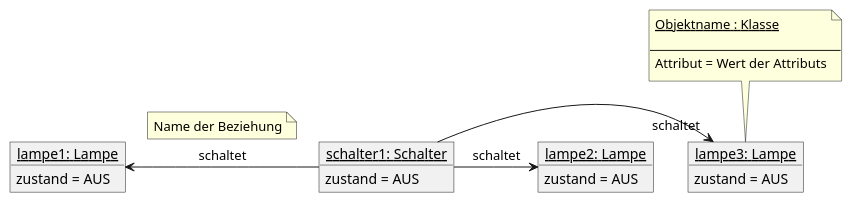
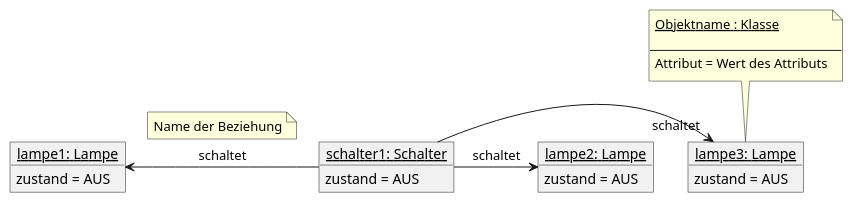
One commit to andrebauer/unterricht changed the third of 8 diagrams in docs/anwendungsentwicklung/oop-java-einstieg/information-objektorientierte-analyse.adoc. Above: the diagram before and after it, drawn with PlantUML. The commit also changed other lines of this file and 14 other files, not shown here.

```diff
--- a/docs/anwendungsentwicklung/oop-java-einstieg/information-objektorientierte-analyse.adoc
+++ b/docs/anwendungsentwicklung/oop-java-einstieg/information-objektorientierte-analyse.adoc
@@ -152,33 +151,33 @@
 [plantuml, {prefix}-objektdiagramm-schalter-drei-lampen-1, svg]
 ....
 object "<u>schalter1: Schalter</u>" as schalter1 {
   zustand = AUS
 } 
 
 object "<u>lampe1: Lampe</u>" as lampe1 {
   zustand = AUS
 } 
 
 object "<u>lampe2: Lampe</u>" as lampe2 {
   zustand = AUS
 } 
 
 object "<u>lampe3: Lampe</u>" as lampe3 {
   zustand = AUS
 }
 note top
   <u>Objektname : Klasse</u>
   
   --
-  Attribut = Wert der Attributs
+  Attribut = Wert des Attributs
 end note
 
 lampe1 <- schalter1 : schaltet
 note top on link
   Name der Beziehung
 end note
 
 schalter1 -> "schaltet" lampe3
 
 schalter1 -> lampe2 : schaltet
 ....
```
